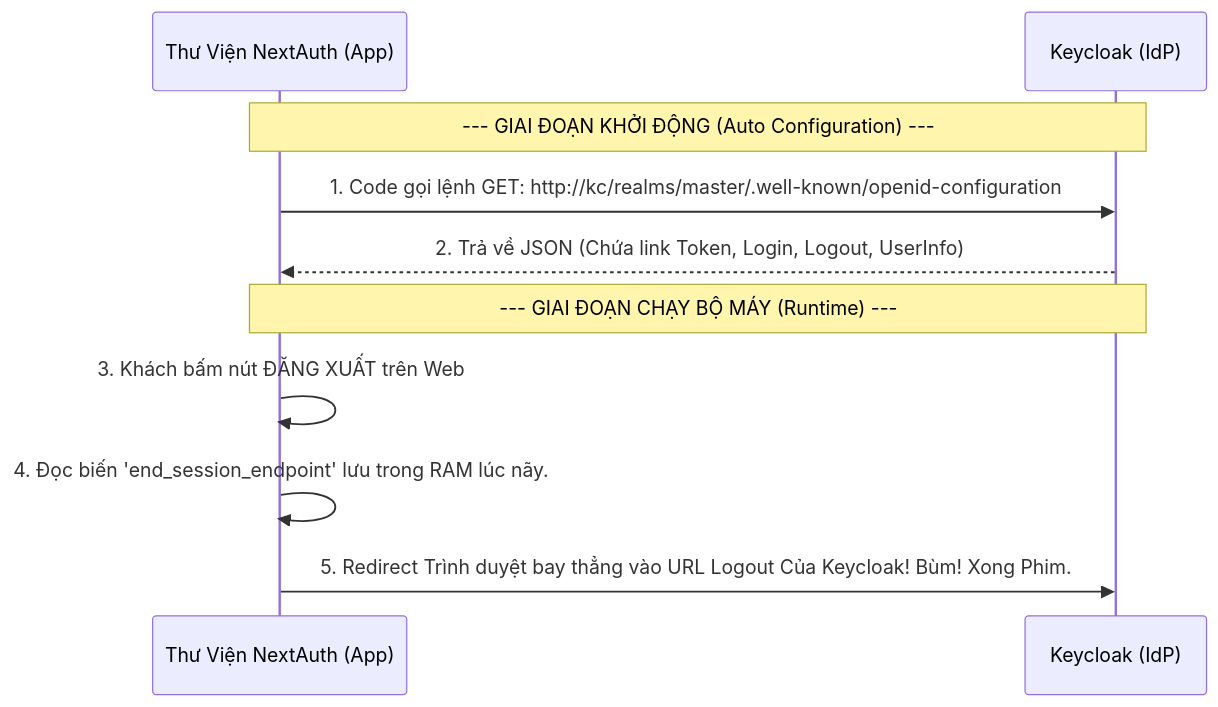
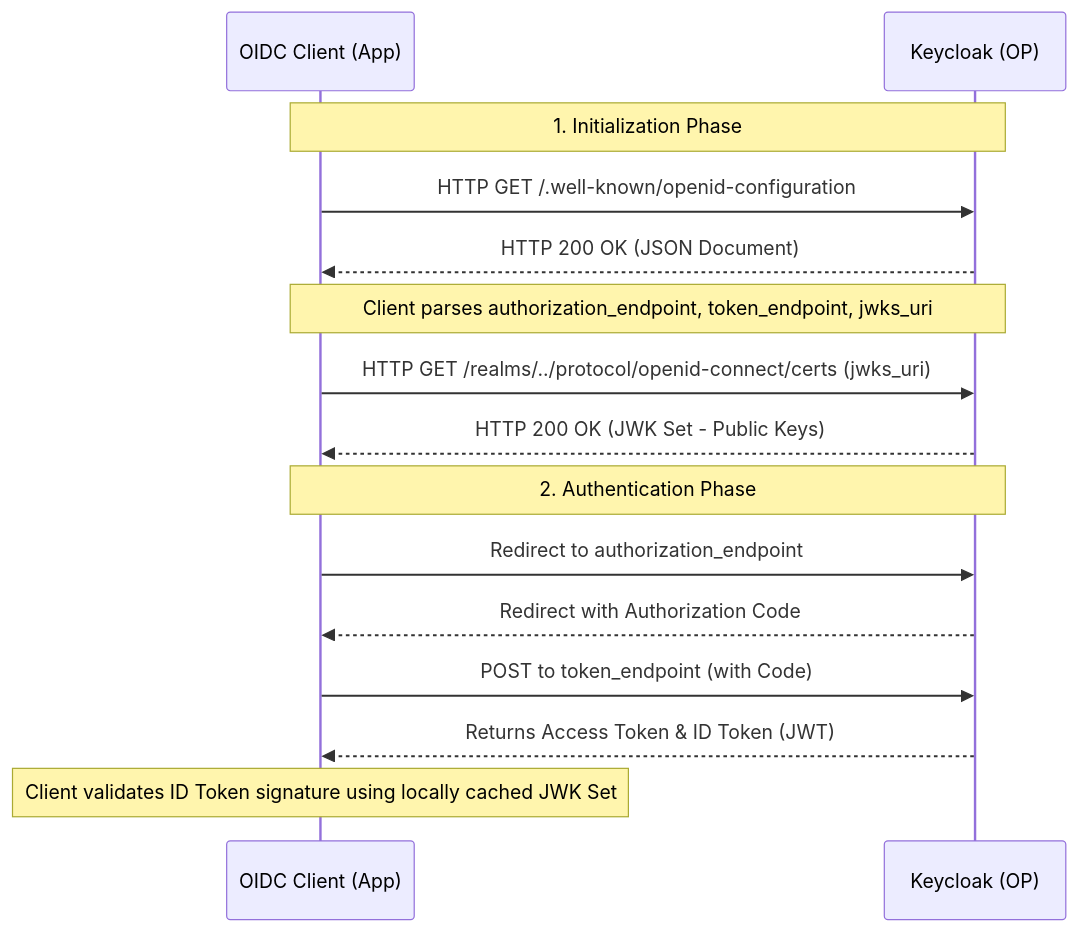
The diagram in 16-OpenID-Connect/Module-1-Concepts/Lesson-1-OIDC-Discovery.md (Luckyy0/keycloak), drawn with Mermaid before and after one commit. The commit also changed other lines of this file and 215 other files, not shown here.

````diff
--- a/16-OpenID-Connect/Module-1-Concepts/Lesson-1-OIDC-Discovery.md
+++ b/16-OpenID-Connect/Module-1-Concepts/Lesson-1-OIDC-Discovery.md
@@ -26,14 +22,23 @@
 ```mermaid
 sequenceDiagram
-    participant App as Thư Viện NextAuth (App)
-    participant KC as Keycloak (IdP)
-
-    Note over App, KC: --- GIAI ĐOẠN KHỞI ĐỘNG (Auto Configuration) ---
-    App->>KC: 1. Code gọi lệnh GET: http://kc/realms/master/.well-known/openid-configuration
-    KC-->>App: 2. Trả về JSON (Chứa link Token, Login, Logout, UserInfo)
+    participant C as OIDC Client (App)
+    participant K as Keycloak (OP)
     
-    Note over App, KC: --- GIAI ĐOẠN CHẠY BỘ MÁY (Runtime) ---
-    App->>App: 3. Khách bấm nút ĐĂNG XUẤT trên Web
-    App->>App: 4. Đọc biến 'end_session_endpoint' lưu trong RAM lúc nãy.
-    App->>KC: 5. Redirect Trình duyệt bay thẳng vào URL Logout Của Keycloak! Bùm! Xong Phim.
+    Note over C, K: 1. Initialization Phase
+    C->>K: HTTP GET /.well-known/openid-configuration
+    K-->>C: HTTP 200 OK (JSON Document)
+    
+    Note over C, K: Client parses authorization_endpoint, token_endpoint, jwks_uri
+    
+    C->>K: HTTP GET /realms/../protocol/openid-connect/certs (jwks_uri)
+    K-->>C: HTTP 200 OK (JWK Set - Public Keys)
+    
+    Note over C, K: 2. Authentication Phase
+    C->>K: Redirect to authorization_endpoint
+    K-->>C: Redirect with Authorization Code
+    
+    C->>K: POST to token_endpoint (with Code)
+    K-->>C: Returns Access Token & ID Token (JWT)
+    
+    Note over C: Client validates ID Token signature using locally cached JWK Set
 ```
````
